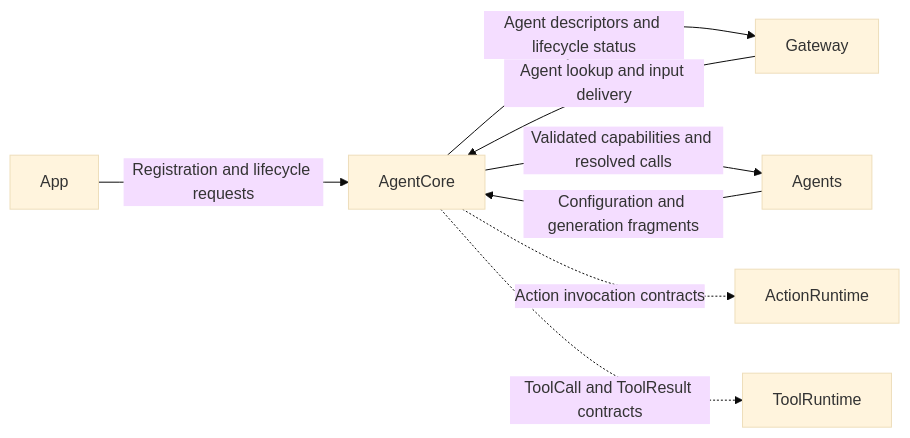
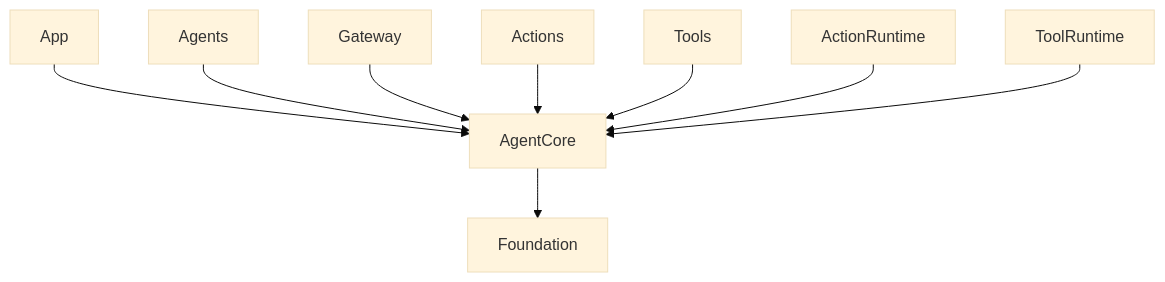
The first of 2 diagrams in MobileHarness/AgentCore/README.md (devilyouwei/MobileHarness), drawn with Mermaid (base theme) before and after one commit. The commit also changed other lines of this file and 53 other files, not shown here.

````diff
--- a/MobileHarness/AgentCore/README.md
+++ b/MobileHarness/AgentCore/README.md
@@ -13,10 +24,11 @@
 ```mermaid
-flowchart LR
-    App -->|Registration and lifecycle requests| AgentCore
-    Gateway -->|Agent lookup and input delivery| AgentCore
-    AgentCore -->|Agent descriptors and lifecycle status| Gateway
-    Agents -->|Configuration and generation fragments| AgentCore
-    AgentCore -->|Validated capabilities and resolved calls| Agents
-    AgentCore -.->|Action invocation contracts| ActionRuntime
-    AgentCore -.->|ToolCall and ToolResult contracts| ToolRuntime
+flowchart TD
+    App --> AgentCore
+    Agents --> AgentCore
+    Gateway --> AgentCore
+    Actions --> AgentCore
+    Tools --> AgentCore
+    ActionRuntime --> AgentCore
+    ToolRuntime --> AgentCore
+    AgentCore --> Foundation
 ```
````
